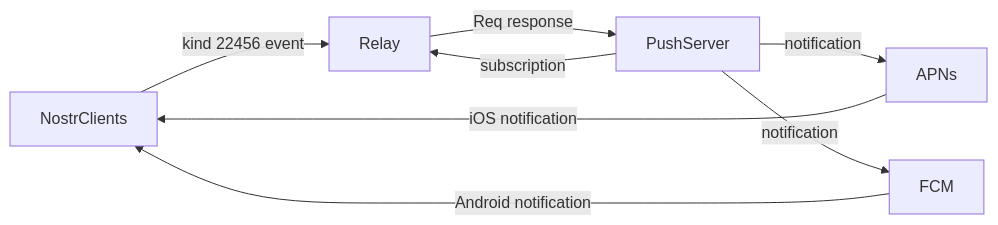
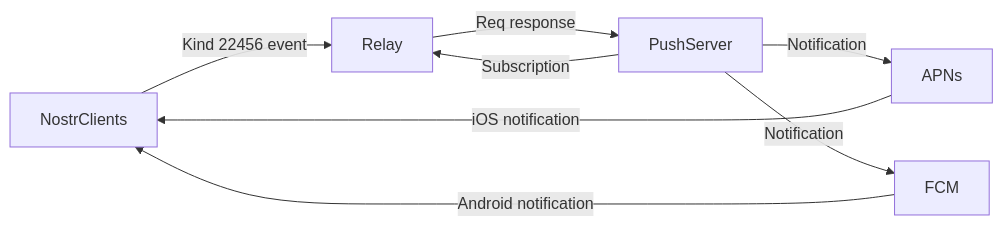
Before and after one commit to 0xchat-app/0xchat-core: the diagram in doc/nofitications.md, drawn with Mermaid.

````diff
--- a/doc/nofitications.md
+++ b/doc/nofitications.md
@@ -12,7 +12,7 @@
 ```mermaid
 flowchart LR
-    NostrClients --> |kind 22456 event| Relay  
-    Relay --> |Req response| PushServer--> |notification| APNs --> |iOS notification| NostrClients
-    PushServer --> |notification| FCM--> |Android notification| NostrClients
-    PushServer --> |subscription |Relay
+    NostrClients --> |Kind 22456 event| Relay  
+    Relay --> |Req response| PushServer--> |Notification| APNs --> |iOS notification| NostrClients
+    PushServer --> |Notification| FCM--> |Android notification| NostrClients
+    PushServer --> |Subscription |Relay
 ```
````
